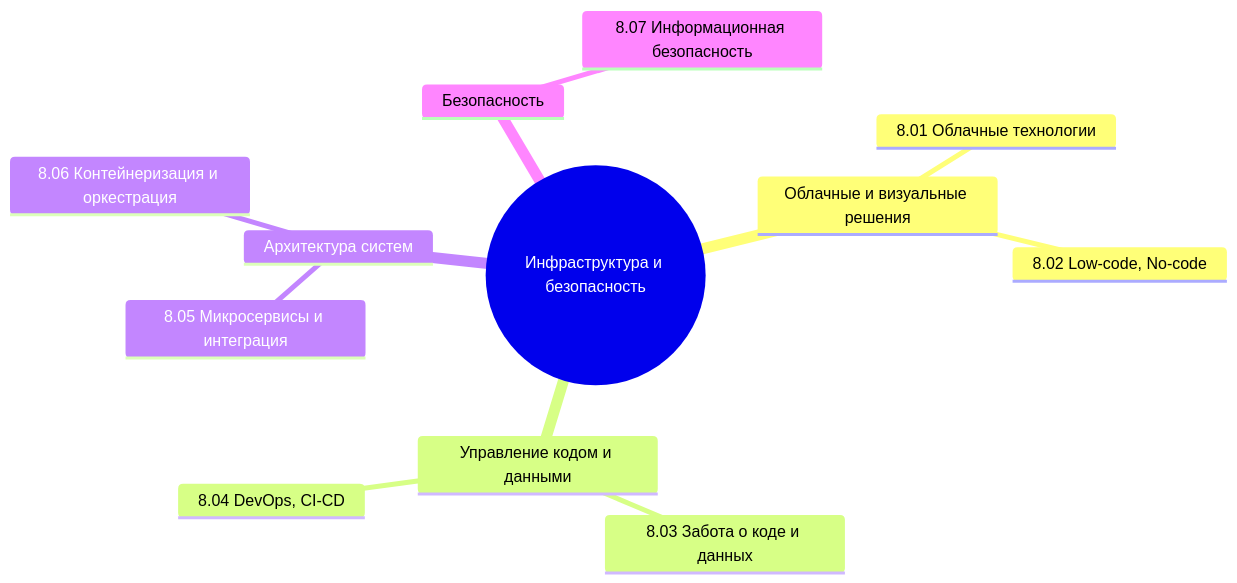
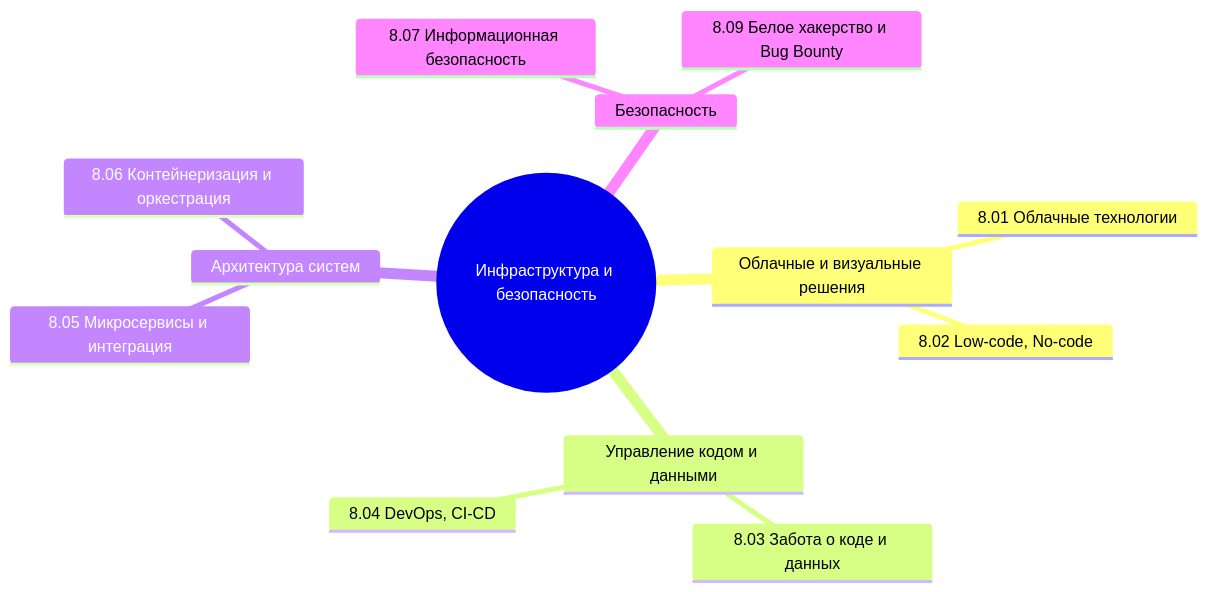
The diagram in docs/section/infra-security.md (Spirzen/it-knowledge-base), drawn with Mermaid before and after one commit. The commit also changed other lines of this file and 573 other files, not shown here.

````diff
--- a/docs/section/infra-security.md
+++ b/docs/section/infra-security.md
@@ -20,15 +20,16 @@
 ```mermaid
 mindmap
   root((Инфраструктура и безопасность))
     Облачные и визуальные решения
       8.01 Облачные технологии
       8.02 Low-code, No-code
     Управление кодом и данными
       8.03 Забота о коде и данных
       8.04 DevOps, CI-CD
     Архитектура систем
       8.05 Микросервисы и интеграция
       8.06 Контейнеризация и оркестрация
     Безопасность
       8.07 Информационная безопасность
+      8.09 Белое хакерство и Bug Bounty
 ```
````
